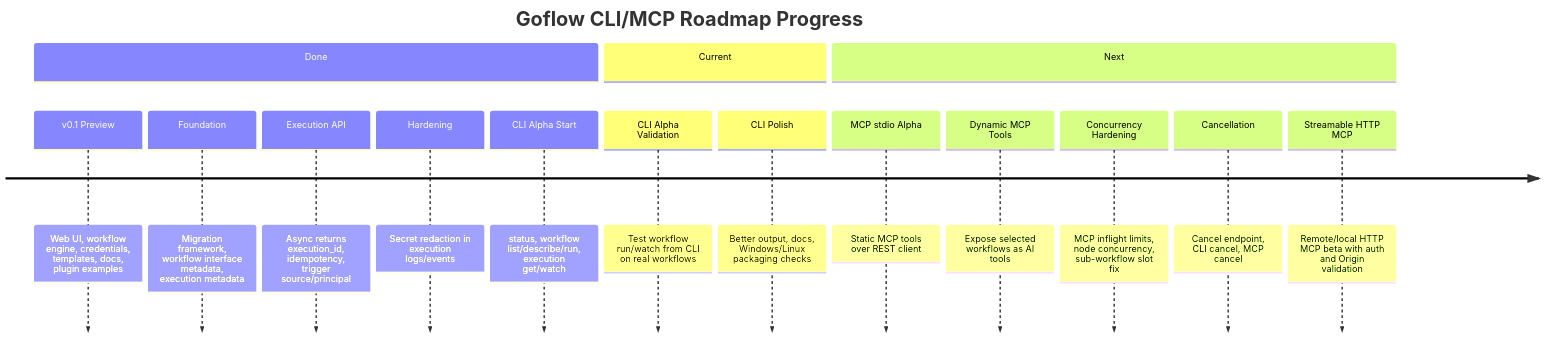
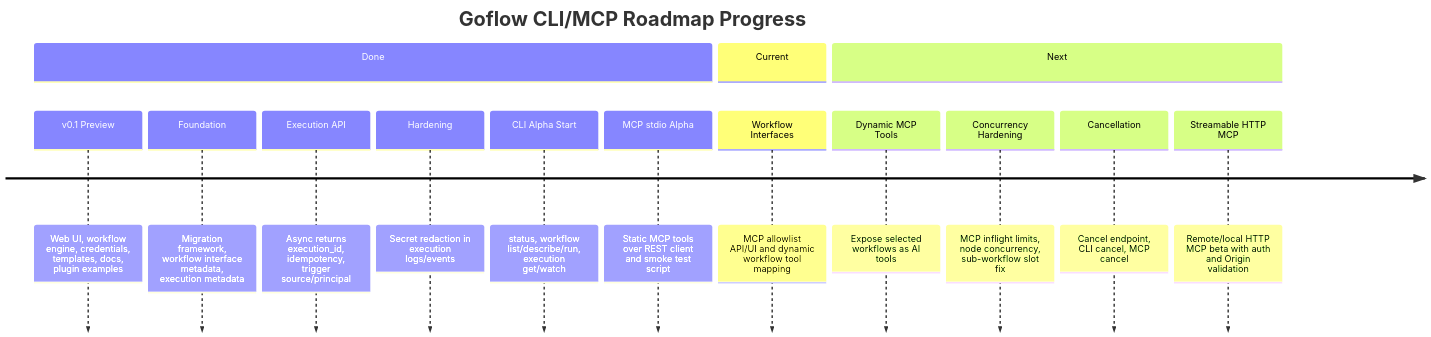
The first of 2 diagrams in ROADMAP_PROGRESS.md (hstptcn5/Goflow), drawn with Mermaid before and after one commit. The commit also changed other lines of this file and 3 other files, not shown here.

First line of the commit message:
Add MCP smoke test script

````diff
--- a/ROADMAP_PROGRESS.md
+++ b/ROADMAP_PROGRESS.md
@@ -7,22 +7,21 @@
 ```mermaid
 timeline
     title Goflow CLI/MCP Roadmap Progress
 
     section Done
       v0.1 Preview : Web UI, workflow engine, credentials, templates, docs, plugin examples
       Foundation : Migration framework, workflow interface metadata, execution metadata
       Execution API : Async returns execution_id, idempotency, trigger source/principal
       Hardening : Secret redaction in execution logs/events
       CLI Alpha Start : status, workflow list/describe/run, execution get/watch
+      MCP stdio Alpha : Static MCP tools over REST client and smoke test script
 
     section Current
-      CLI Alpha Validation : Test workflow run/watch from CLI on real workflows
-      CLI Polish : Better output, docs, Windows/Linux packaging checks
+      Workflow Interfaces : MCP allowlist API/UI and dynamic workflow tool mapping
 
     section Next
-      MCP stdio Alpha : Static MCP tools over REST client
       Dynamic MCP Tools : Expose selected workflows as AI tools
       Concurrency Hardening : MCP inflight limits, node concurrency, sub-workflow slot fix
       Cancellation : Cancel endpoint, CLI cancel, MCP cancel
       Streamable HTTP MCP : Remote/local HTTP MCP beta with auth and Origin validation
 ```
````
